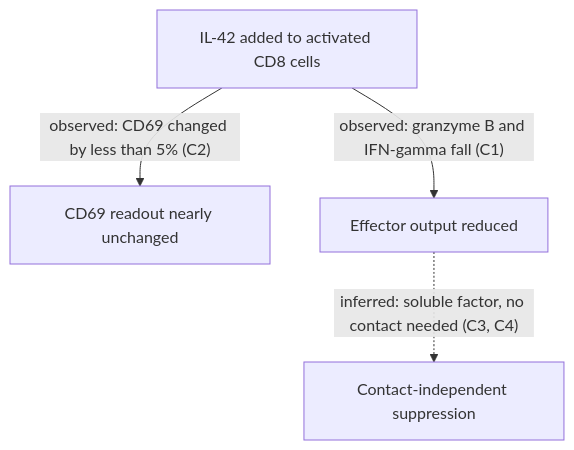
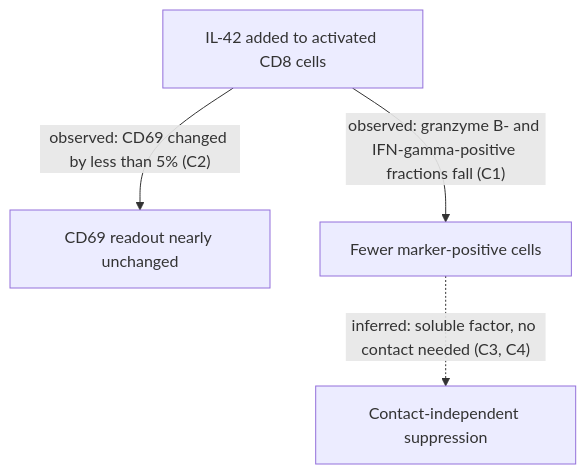
The first of 2 diagrams in skills/_shared/examples/reading-note-v2.md (hele211/crickNote), drawn with Mermaid before and after one commit. The commit also changed other lines of this file and 4 other files, not shown here.

````diff
--- a/skills/_shared/examples/reading-note-v2.md
+++ b/skills/_shared/examples/reading-note-v2.md
@@ -44,6 +44,6 @@
 ```mermaid
 flowchart TB
   A["IL-42 added to activated CD8 cells"] -->|"observed: CD69 changed by less than 5% (C2)"| B["CD69 readout nearly unchanged"]
-  A -->|"observed: granzyme B and IFN-gamma fall (C1)"| C["Effector output reduced"]
+  A -->|"observed: granzyme B- and IFN-gamma-positive fractions fall (C1)"| C["Fewer marker-positive cells"]
   C -.->|"inferred: soluble factor, no contact needed (C3, C4)"| D["Contact-independent suppression"]
 ```
````
